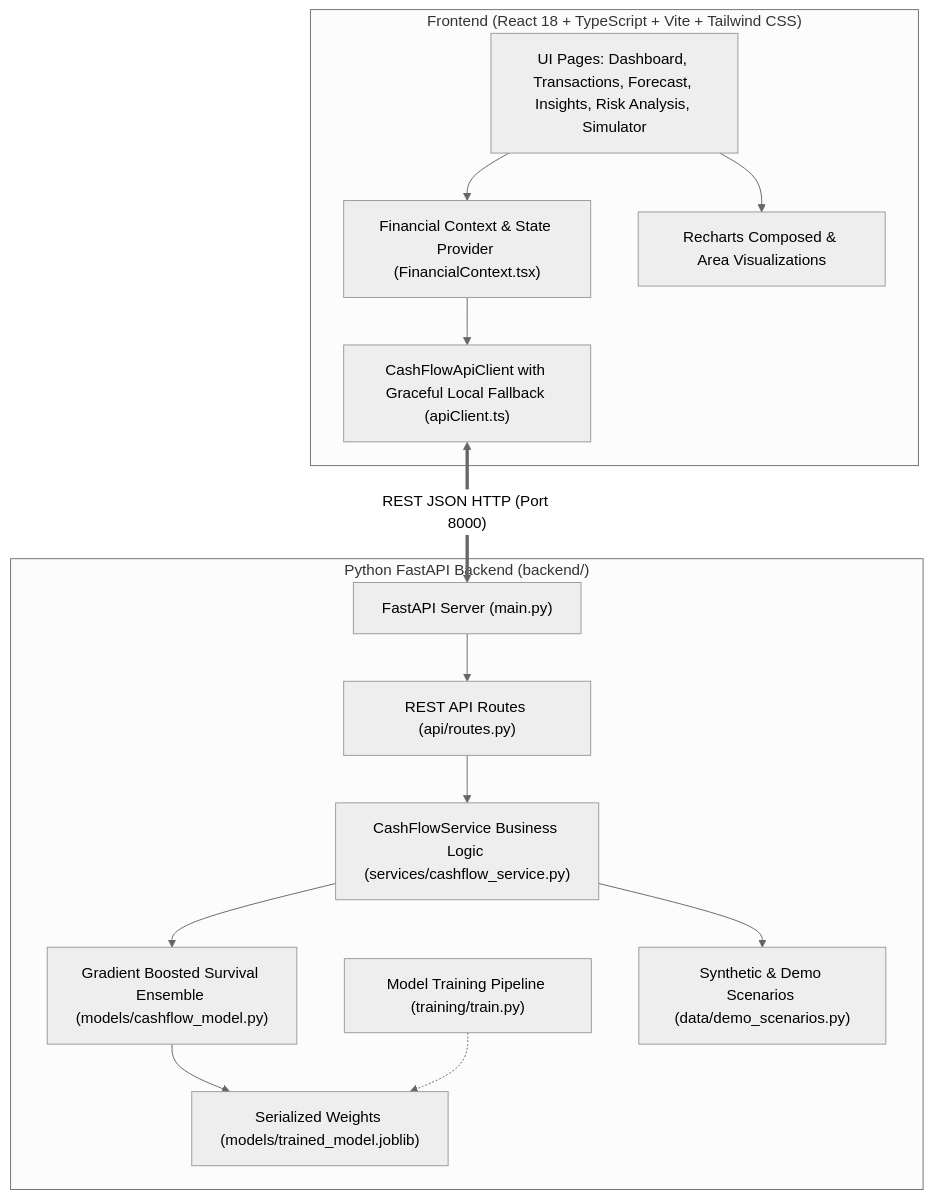
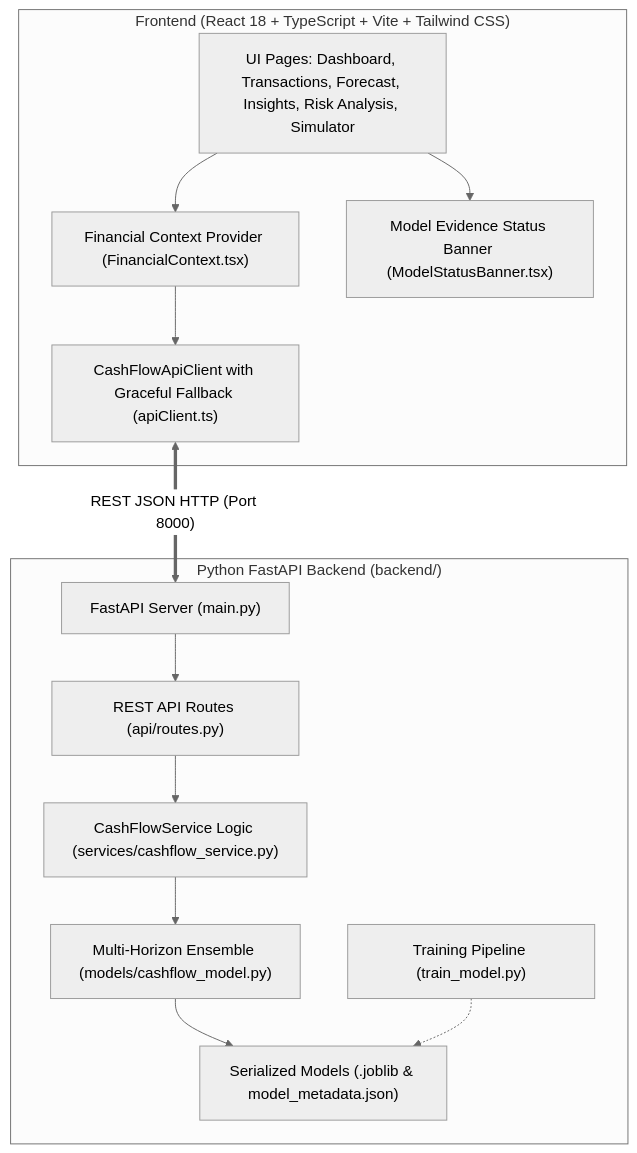
The diagram in README.md (purvabopche/CashFlow-Guardian-AI), drawn with Mermaid (neutral theme) before and after one commit. The commit also changed other lines of this file and 12 other files, not shown here.

Commit message:
feat(ml): complete model-driven fintech pipeline with RandomForestClassifier (94.5% Acc, 0.99 ROC-AUC), GradientBoostingRegressors (0.99 R2), and /api/model/status endpoint

````diff
--- a/README.md
+++ b/README.md
@@ -38,32 +74,30 @@
 ```mermaid
 flowchart TD
     subgraph Client ["Frontend (React 18 + TypeScript + Vite + Tailwind CSS)"]
         UI["UI Pages: Dashboard, Transactions, Forecast, Insights, Risk Analysis, Simulator"]
-        Context["Financial Context & State Provider (FinancialContext.tsx)"]
-        APIClient["CashFlowApiClient with Graceful Local Fallback (apiClient.ts)"]
-        Charts["Recharts Composed & Area Visualizations"]
+        Context["Financial Context Provider (FinancialContext.tsx)"]
+        APIClient["CashFlowApiClient with Graceful Fallback (apiClient.ts)"]
+        Banner["Model Evidence Status Banner (ModelStatusBanner.tsx)"]
         
         UI --> Context
-        UI --> Charts
+        UI --> Banner
         Context --> APIClient
     end
 
     subgraph Backend ["Python FastAPI Backend (backend/)"]
         App["FastAPI Server (main.py)"]
         Routes["REST API Routes (api/routes.py)"]
-        Service["CashFlowService Business Logic (services/cashflow_service.py)"]
-        ML["Gradient Boosted Survival Ensemble (models/cashflow_model.py)"]
-        ModelWeights["Serialized Weights (models/trained_model.joblib)"]
-        TrainingScript["Model Training Pipeline (training/train.py)"]
-        DemoDB["Synthetic & Demo Scenarios (data/demo_scenarios.py)"]
+        Service["CashFlowService Logic (services/cashflow_service.py)"]
+        ML["Multi-Horizon Ensemble (models/cashflow_model.py)"]
+        ModelFiles["Serialized Models (.joblib & model_metadata.json)"]
+        TrainScript["Training Pipeline (train_model.py)"]
         
         App --> Routes
         Routes --> Service
         Service --> ML
-        ML --> ModelWeights
-        TrainingScript -.-> ModelWeights
-        Service --> DemoDB
+        ML --> ModelFiles
+        TrainScript -.-> ModelFiles
     end
 
     APIClient <==>|"REST JSON HTTP (Port 8000)"| App
 ```
````
